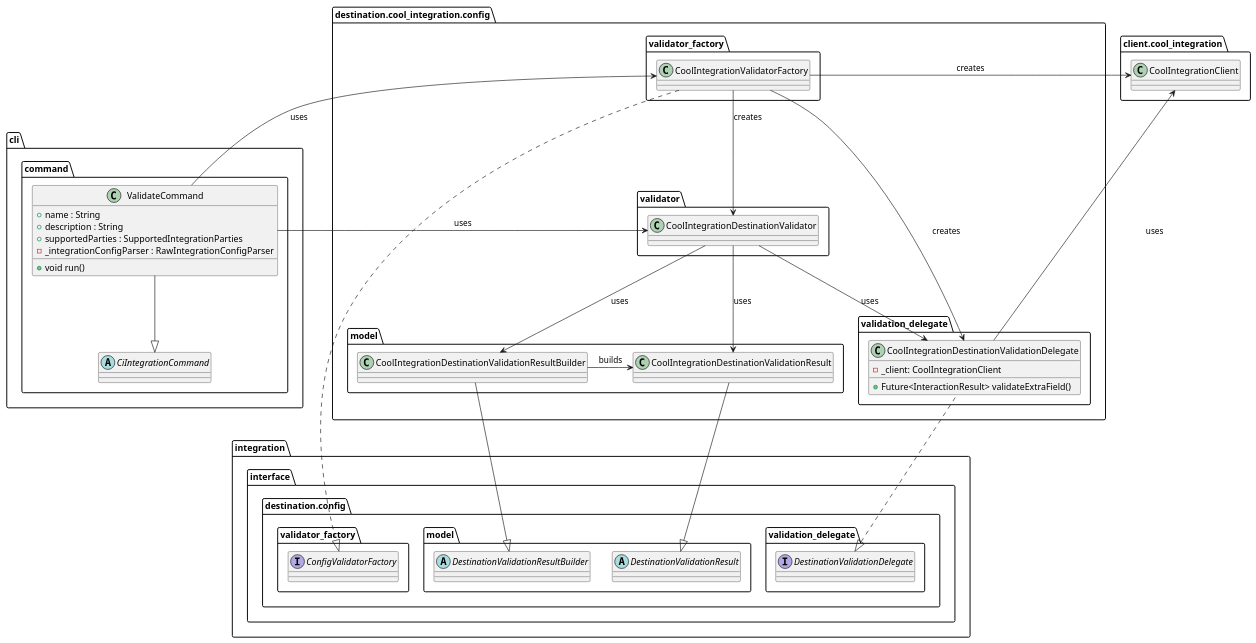
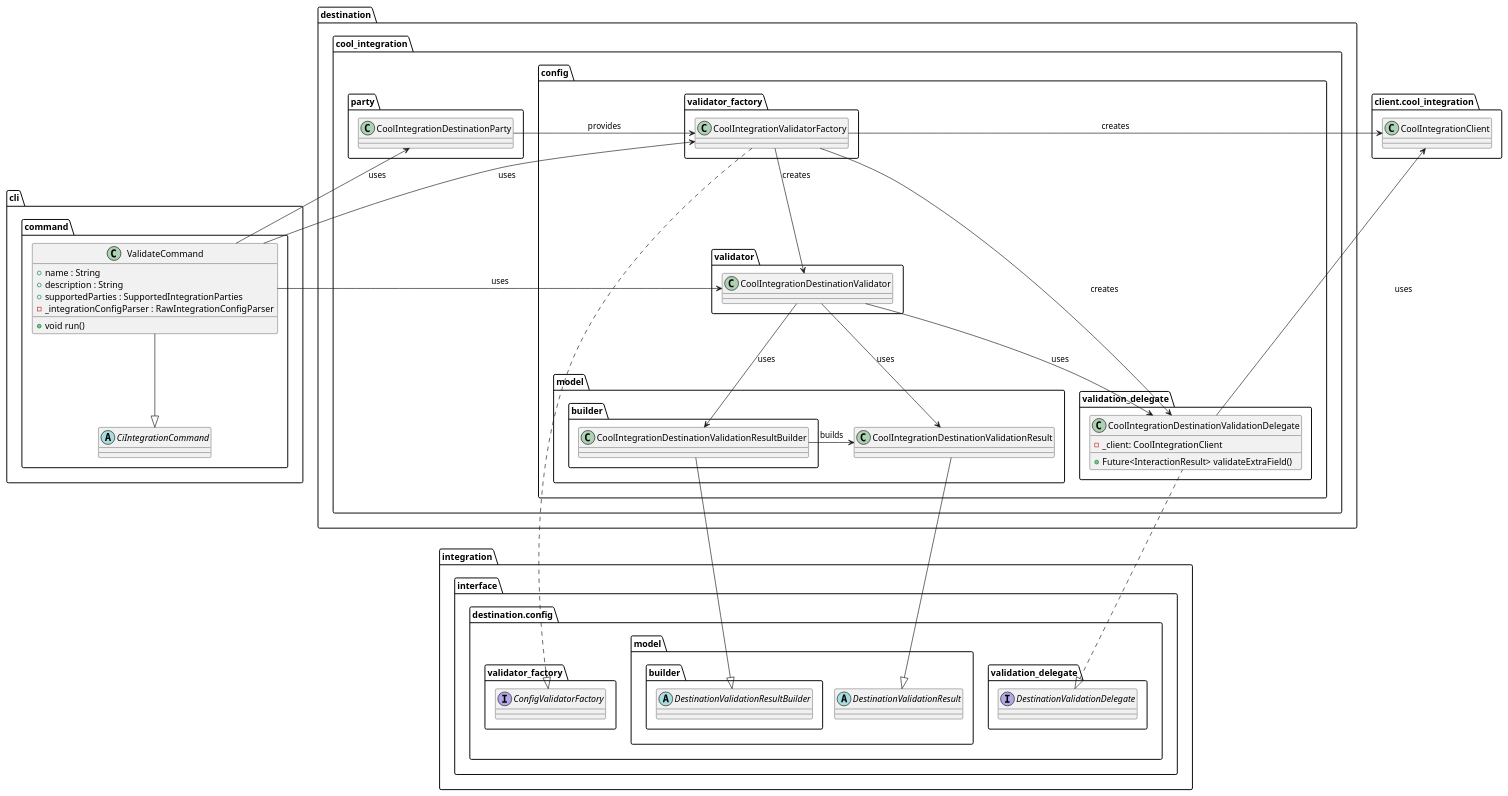
Before and after one commit to Flank/flank-dashboard: the diagram in metrics/ci_integrations/docs/diagrams/ci_integrations_config_validator_destination_class_diagram.puml, drawn with PlantUML.

Commit message:
Improve destination class diagram

```diff
--- a/metrics/ci_integrations/docs/diagrams/ci_integrations_config_validator_destination_class_diagram.puml
+++ b/metrics/ci_integrations/docs/diagrams/ci_integrations_config_validator_destination_class_diagram.puml
@@ -1,86 +1,100 @@
 @startuml ci_integrations_config_validator_class_diagram
 
     package integration.interface {
         package destination.config as interface_config {
 
             package validation_delegate as interface_delegate {
                 interface DestinationValidationDelegate {}
             }
 
             package validator_factory as interface_factory {
                 interface ConfigValidatorFactory {}
             }
 
             package model as interface_model {
+                package builder {
+                    abstract class DestinationValidationResultBuilder {}
+                }
+
                 abstract class DestinationValidationResult {}
-                
-                abstract class DestinationValidationResultBuilder {}
             }
 
         }
     }
 
-    package destination.cool_integration.config as cool_integration_config {
-        package validator as cool_integration_validator {
-            class CoolIntegrationDestinationValidator {}
+    package destination.cool_integration {
+
+        package party {
+            class CoolIntegrationDestinationParty {}
         }
 
-        package validator_factory as cool_integration_validator_validator_factory {
-            class CoolIntegrationValidatorFactory {}
-        }
+        package config as cool_integration_config {
+            package validator as cool_integration_validator {
+                class CoolIntegrationDestinationValidator {}
+            }
 
-        package validation_delegate {
-            class CoolIntegrationDestinationValidationDelegate {
-                - _client: CoolIntegrationClient
+            package validator_factory as cool_integration_validator_validator_factory {
+                class CoolIntegrationValidatorFactory {}
+            }
 
-                + Future<InteractionResult> validateExtraField()
+            package validation_delegate {
+                class CoolIntegrationDestinationValidationDelegate {
+                    - _client: CoolIntegrationClient
+
+                    + Future<InteractionResult> validateExtraField()
+                }
             }
-        }
 
-        package model as cool_integration_model {
-            class CoolIntegrationDestinationValidationResultBuilder {}
+            package model as cool_integration_model {
+                package builder as cool_integration_builder {
+                    class CoolIntegrationDestinationValidationResultBuilder {}
+                }
 
-            class CoolIntegrationDestinationValidationResult {}
+                class CoolIntegrationDestinationValidationResult {}
+            }
         }
     }
 
     package client.cool_integration as client_cool_integration {
         class CoolIntegrationClient {}
     }
 
     package cli.command {
         abstract class CiIntegrationCommand {}
 
         class ValidateCommand {
             + name : String
             + description : String
             + supportedParties : SupportedIntegrationParties
             - _integrationConfigParser : RawIntegrationConfigParser
 
             + void run()
         }
     }
 
     CoolIntegrationDestinationValidator --> CoolIntegrationDestinationValidationDelegate : uses
     CoolIntegrationDestinationValidationDelegate --> CoolIntegrationClient : uses
     CoolIntegrationValidatorFactory --> CoolIntegrationDestinationValidator : creates
     CoolIntegrationValidatorFactory --> CoolIntegrationClient : creates
     CoolIntegrationValidatorFactory --> CoolIntegrationDestinationValidationDelegate : creates
 
     ValidateCommand -down-|> CiIntegrationCommand
     ValidateCommand -left-> CoolIntegrationDestinationValidator : uses
     ValidateCommand -left-> CoolIntegrationValidatorFactory : uses
+    ValidateCommand -left-> CoolIntegrationDestinationParty : uses
+
+    CoolIntegrationDestinationParty -right-> CoolIntegrationValidatorFactory : provides
 
     CoolIntegrationDestinationValidationDelegate .left.|> DestinationValidationDelegate
     CoolIntegrationDestinationValidationResult -down-|> DestinationValidationResult
     CoolIntegrationDestinationValidationResultBuilder -down-|> DestinationValidationResultBuilder
     
     CoolIntegrationDestinationValidator --> CoolIntegrationDestinationValidationResultBuilder : uses
     CoolIntegrationDestinationValidator --> CoolIntegrationDestinationValidationResult : uses
 
     CoolIntegrationDestinationValidationResultBuilder -right-> CoolIntegrationDestinationValidationResult : builds
 
     CoolIntegrationValidatorFactory ..|> ConfigValidatorFactory
 
     CoolIntegrationValidatorFactory -[hidden]left-> CoolIntegrationClient
 @enduml
```
